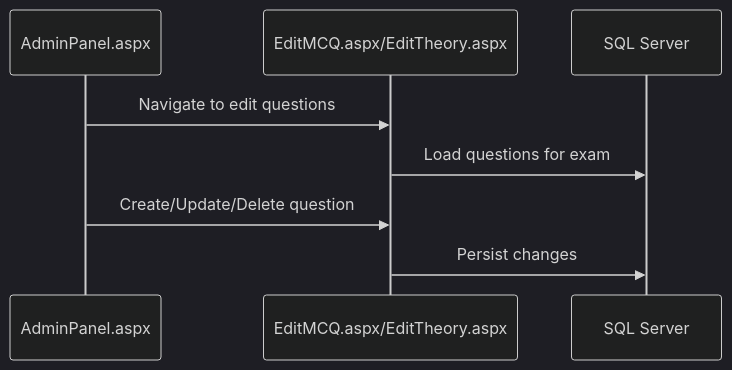
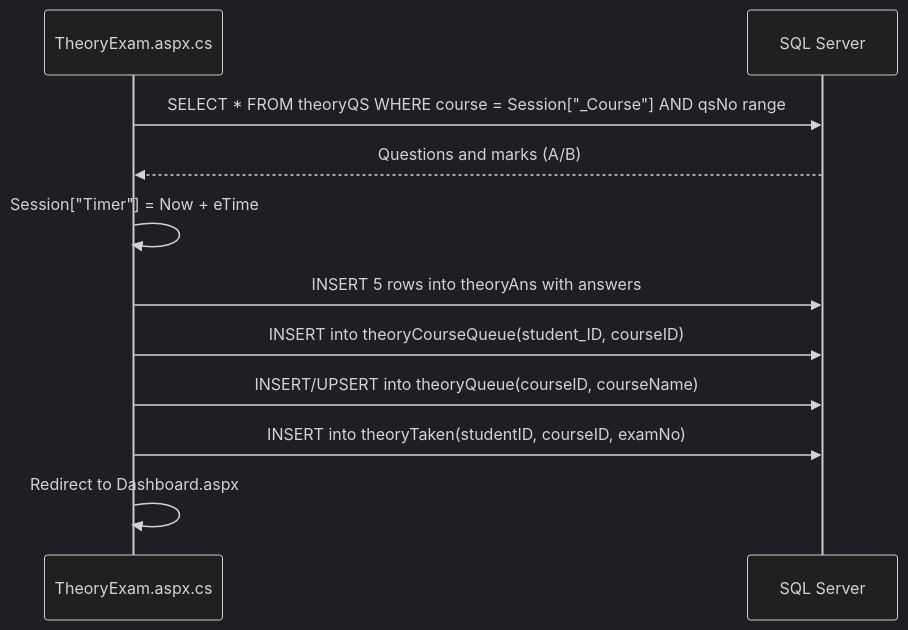
One commit to kavia-common/Online-Examination-System-3411 changed the seventh of 8 diagrams in docs/Architecture.md. Above: the diagram before and after it, drawn with Mermaid (dark theme). The commit also changed other lines of this file and 7 other files, not shown here.

````diff
--- a/docs/Architecture.md
+++ b/docs/Architecture.md
@@ -63,11 +221,14 @@
 ```mermaid
 sequenceDiagram
-    participant A as AdminPanel.aspx
-    participant E as EditMCQ.aspx/EditTheory.aspx
+    participant T as TheoryExam.aspx.cs
     participant DB as SQL Server
 
-    A->>E: Navigate to edit questions
-    E->>DB: Load questions for exam
-    A->>E: Create/Update/Delete question
-    E->>DB: Persist changes
+    T->>DB: SELECT * FROM theoryQS WHERE course = Session["_Course"] AND qsNo range
+    DB-->>T: Questions and marks (A/B)
+    T->>T: Session["Timer"] = Now + eTime
+    T->>DB: INSERT 5 rows into theoryAns with answers
+    T->>DB: INSERT into theoryCourseQueue(student_ID, courseID)
+    T->>DB: INSERT/UPSERT into theoryQueue(courseID, courseName)
+    T->>DB: INSERT into theoryTaken(studentID, courseID, examNo)
+    T->>T: Redirect to Dashboard.aspx
 ```
````
